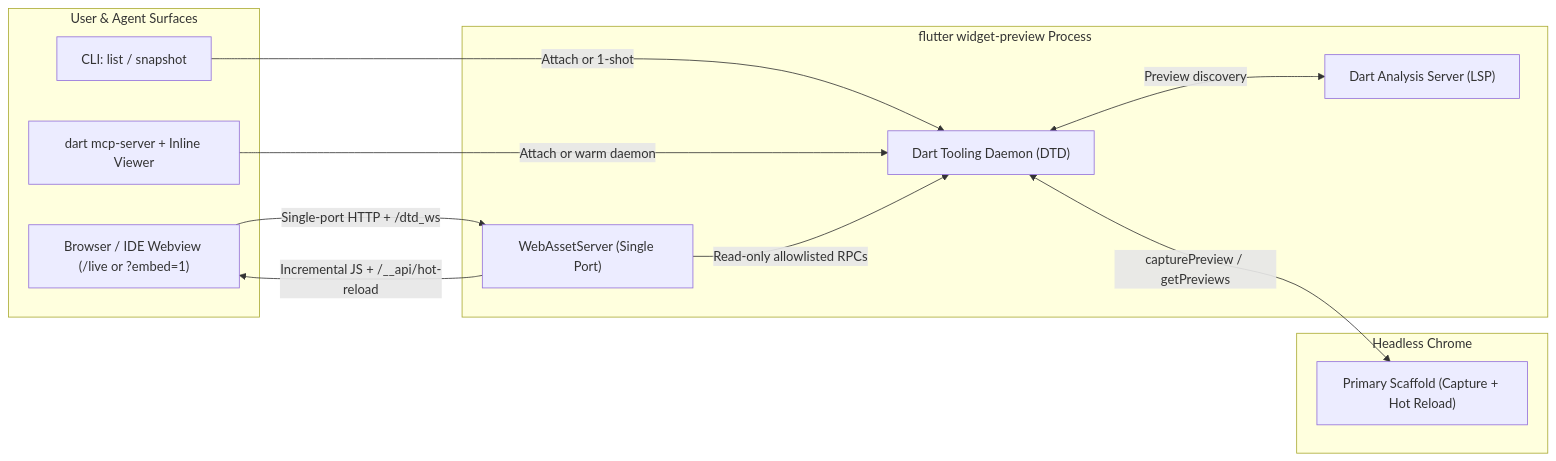
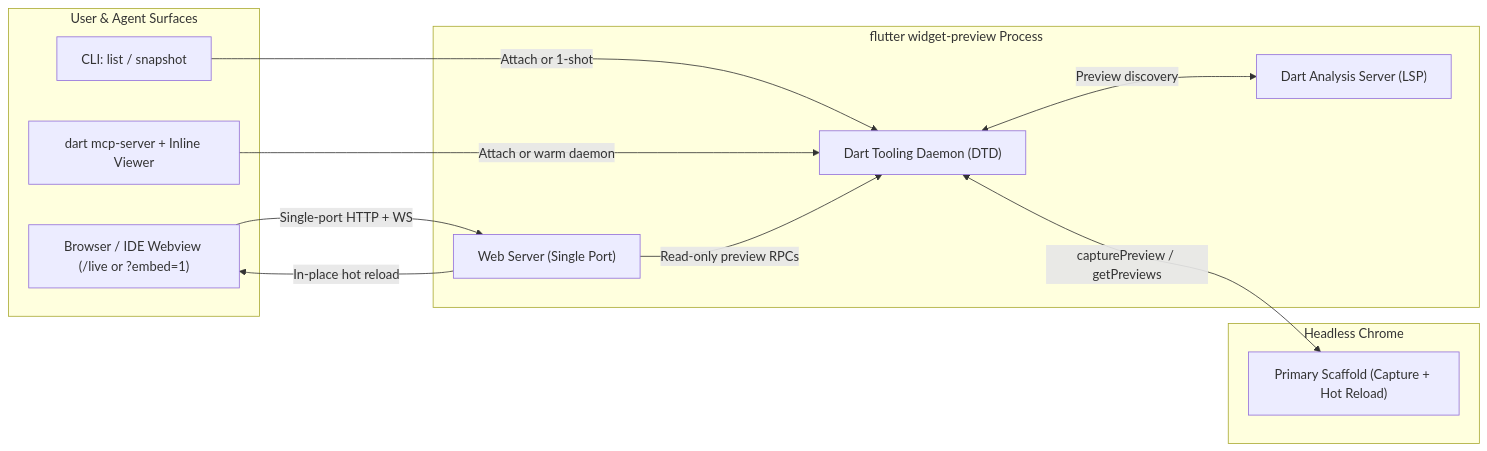
The diagram in rfc/510.0000-headless-and-interactive-widget-previews.md (bkonyi/rfc), drawn with Mermaid before and after one commit. The commit also changed other lines of this file, not shown here.

````diff
--- a/rfc/510.0000-headless-and-interactive-widget-previews.md
+++ b/rfc/510.0000-headless-and-interactive-widget-previews.md
@@ -220,26 +193,26 @@
 ```mermaid
 flowchart LR
   subgraph Clients["User & Agent Surfaces"]
     CLI["CLI: list / snapshot"]
     MCP["dart mcp-server + Inline Viewer"]
     Live["Browser / IDE Webview (/live or ?embed=1)"]
   end
 
   subgraph Daemon["flutter widget-preview Process"]
-    Web["WebAssetServer (Single Port)"]
+    Web["Web Server (Single Port)"]
     DTD["Dart Tooling Daemon (DTD)"]
     LSP["Dart Analysis Server (LSP)"]
   end
 
   subgraph Runtime["Headless Chrome"]
     Primary["Primary Scaffold (Capture + Hot Reload)"]
   end
 
   CLI -->|"Attach or 1-shot"| DTD
   MCP -->|"Attach or warm daemon"| DTD
-  Live -->|"Single-port HTTP + /dtd_ws"| Web
-  Web -->|"Read-only allowlisted RPCs"| DTD
-  Web -->|"Incremental JS + /__api/hot-reload"| Live
+  Live -->|"Single-port HTTP + WS"| Web
+  Web -->|"Read-only preview RPCs"| DTD
+  Web -->|"In-place hot reload"| Live
   DTD <-->|"capturePreview / getPreviews"| Primary
   DTD <-->|"Preview discovery"| LSP
 ```
````
